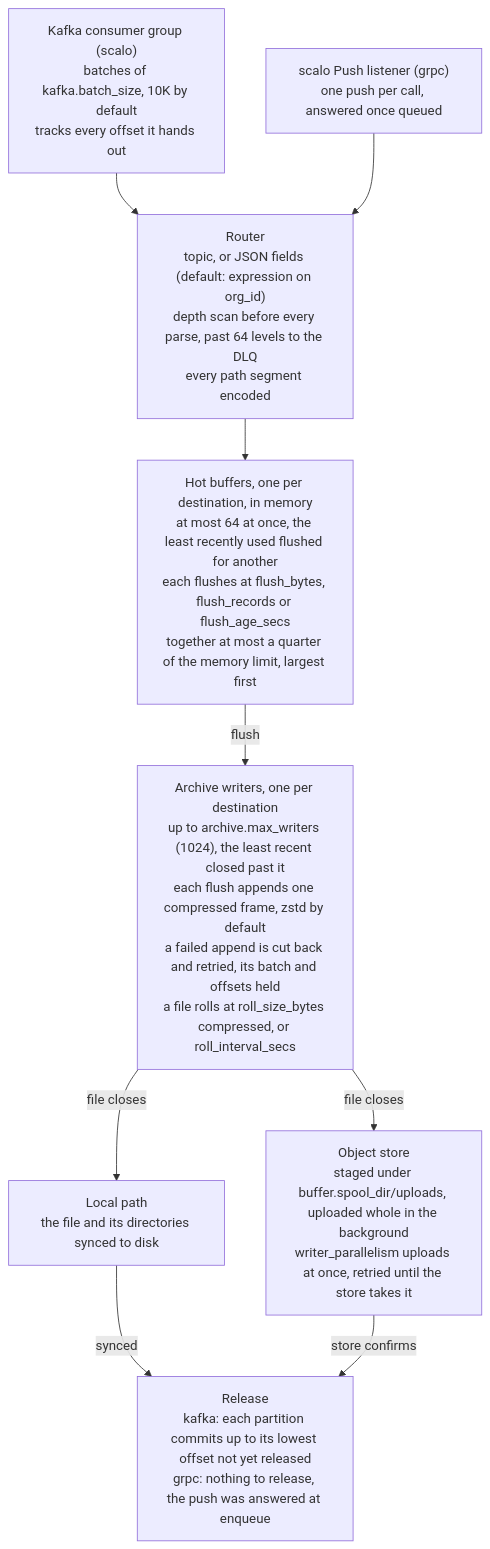
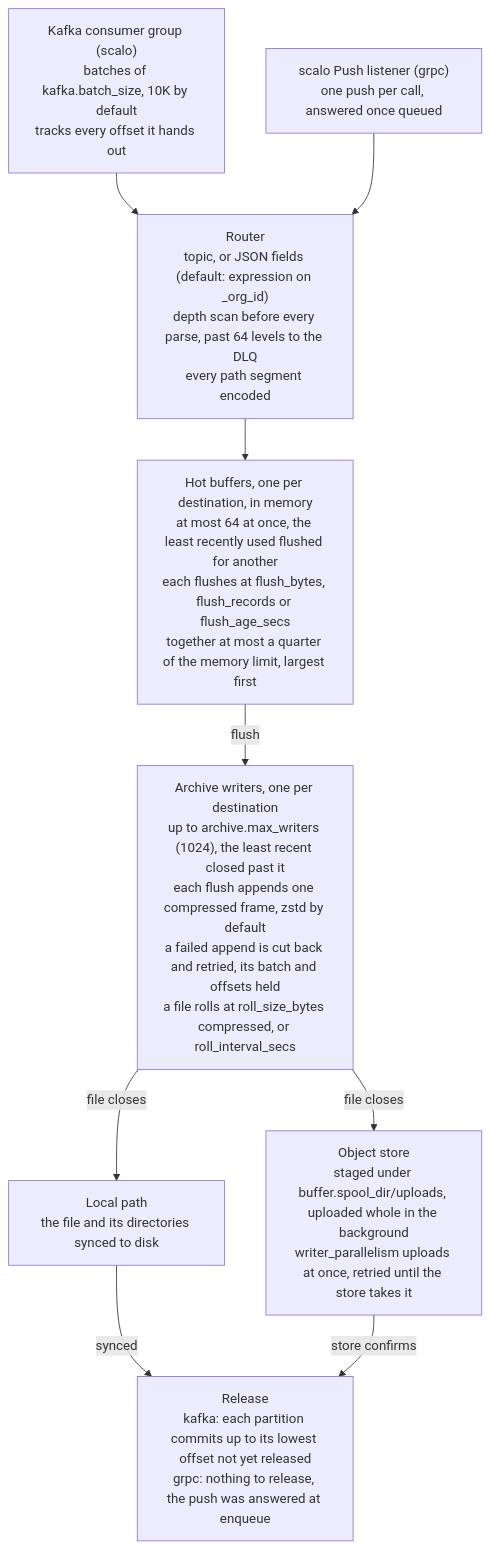
One commit to hyperi-io/dfe-archiver changed the second of 4 diagrams in docs/DESIGN.md. Above: the diagram before and after it, drawn with Mermaid. The commit also changed other lines of this file and 21 other files, not shown here.

First line of the commit message:
fix: key the archive path on _org_id, default org on a blank one (#132)

````diff
--- a/docs/DESIGN.md
+++ b/docs/DESIGN.md
@@ -145,19 +145,19 @@
 ```mermaid
 flowchart TB
     K["Kafka consumer group (scalo)<br/>batches of kafka.batch_size, 10K by default<br/>tracks every offset it hands out"]
     P["scalo Push listener (grpc)<br/>one push per call, answered once queued"]
-    R["Router<br/>topic, or JSON fields (default: expression on org_id)<br/>depth scan before every parse, past 64 levels to the DLQ<br/>every path segment encoded"]
+    R["Router<br/>topic, or JSON fields (default: expression on _org_id)<br/>depth scan before every parse, past 64 levels to the DLQ<br/>every path segment encoded"]
     H["Hot buffers, one per destination, in memory<br/>at most 64 at once, the least recently used flushed for another<br/>each flushes at flush_bytes, flush_records or flush_age_secs<br/>together at most a quarter of the memory limit, largest first"]
     W["Archive writers, one per destination<br/>up to archive.max_writers (1024), the least recent closed past it<br/>each flush appends one compressed frame, zstd by default<br/>a failed append is cut back and retried, its batch and offsets held<br/>a file rolls at roll_size_bytes compressed, or roll_interval_secs"]
     L["Local path<br/>the file and its directories synced to disk"]
     S["Object store<br/>staged under buffer.spool_dir/uploads, uploaded whole in the background<br/>writer_parallelism uploads at once, retried until the store takes it"]
     C["Release<br/>kafka: each partition commits up to its lowest offset not yet released<br/>grpc: nothing to release, the push was answered at enqueue"]
     K --> R
     P --> R
     R --> H
     H -->|flush| W
     W -->|file closes| L
     W -->|file closes| S
     L -->|synced| C
     S -->|store confirms| C
 ```
````
